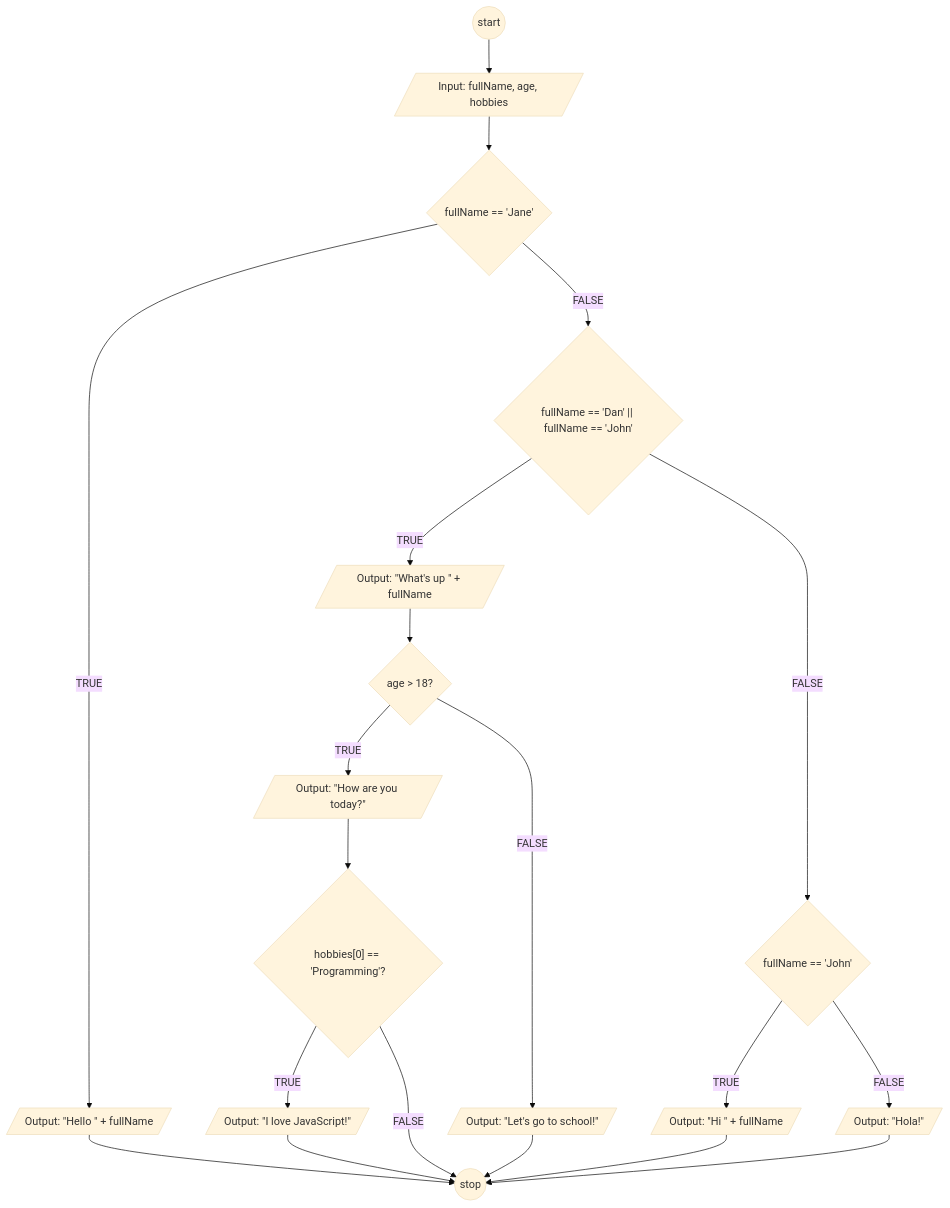
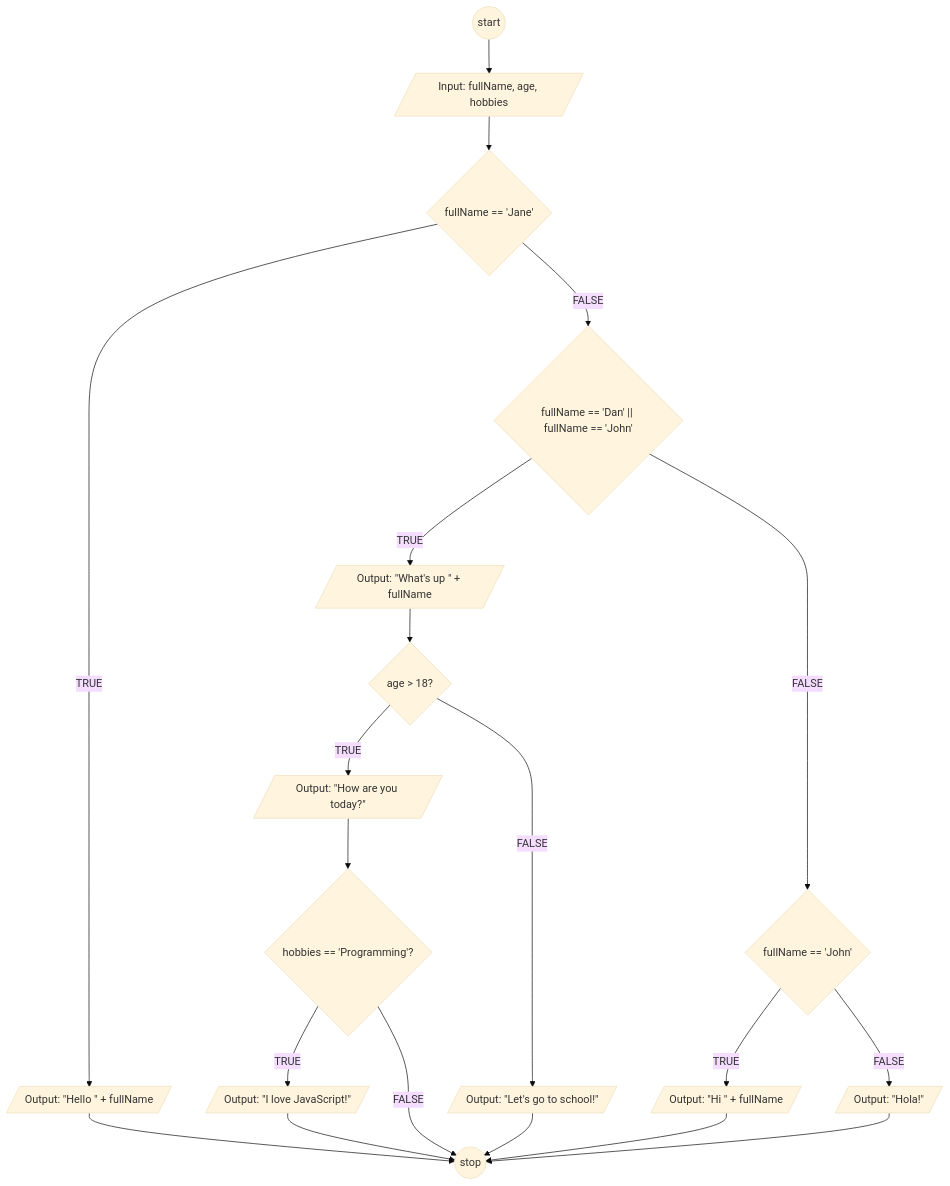
The diagram in flowchart-fullName.md (makarim22/koda-b6-javascript1), drawn with Mermaid (base theme) before and after one commit. The commit also changed other lines of this file, not shown here.

````diff
--- a/flowchart-fullName.md
+++ b/flowchart-fullName.md
@@ -1,54 +1,54 @@
 ```mermaid
 flowchart TD
     A@{ shape: circle, label: "start" } --> B
 
     B@{ shape: lean-r, label: "Input: fullName, age, hobbies" } --> C
 
     C@{ shape: diamond, label: "fullName == 'Jane'" } -->|TRUE| D
 
     C -- FALSE --> E
 
     D@{ shape: lean-r, label: "Output: \"Hello \" + fullName" }
 
     E@{ shape: diamond, label: "fullName == 'Dan' || fullName == 'John'" } 
 
     E -- TRUE --> S
 
     S@{ shape: lean-r, label: "Output: \"What's up \" + fullName" } 
     S --> F
 
     E -- FALSE --> G
 
     G@{ shape: diamond, label: "fullName == 'John'" } 
     G -- TRUE --> J
 
     J@{ shape: lean-r, label: "Output: \"Hi \" + fullName" } 
 
     G -- FALSE --> K
 
     F@{ shape: diamond, label: "age > 18?" } 
 
     F  --> |TRUE| Q
 
     F -- FALSE --> H
 
     H@{ shape: lean-r, label: "Output: \"Let's go to school!\"" } 
 
     K@{ shape: lean-r, label: "Output: \"Hola!\"" } 
 
-    O@{ shape: diamond, label: "hobbies[0] == 'Programming'?" } -->|TRUE| P
+    O@{ shape: diamond, label: "hobbies == 'Programming'?" } -->|TRUE| P
 
     O -- FALSE --> Z
 
     P@{ shape: lean-r, label: "Output: \"I love JavaScript!\"" } 
 
     Q@{ shape: lean-r, label: "Output: \"How are you today?\"" } --> O
 
     Z@{ shape: circle, label: "stop" }
 
     D --> Z
     K --> Z
     P --> Z
     H --> Z
     J --> Z
 ```
````
